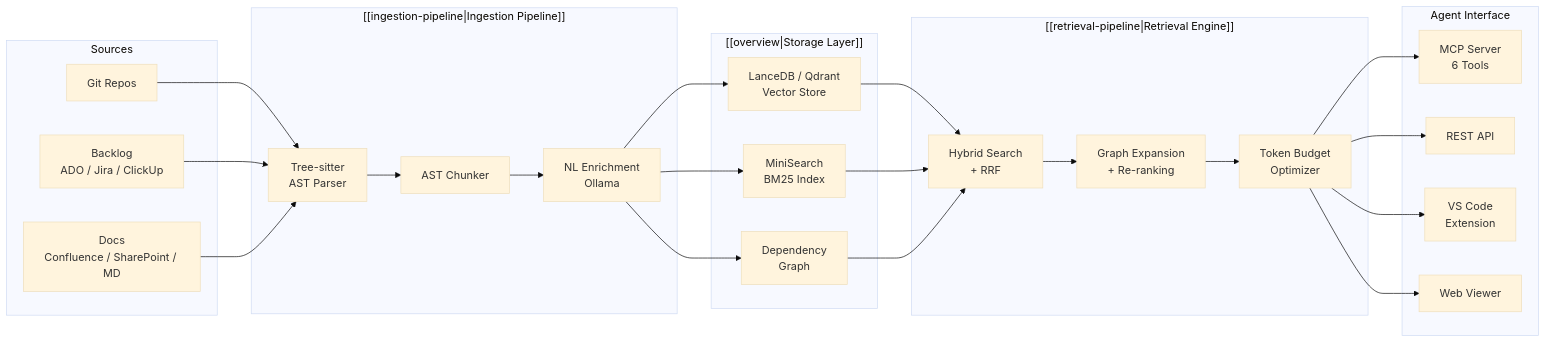
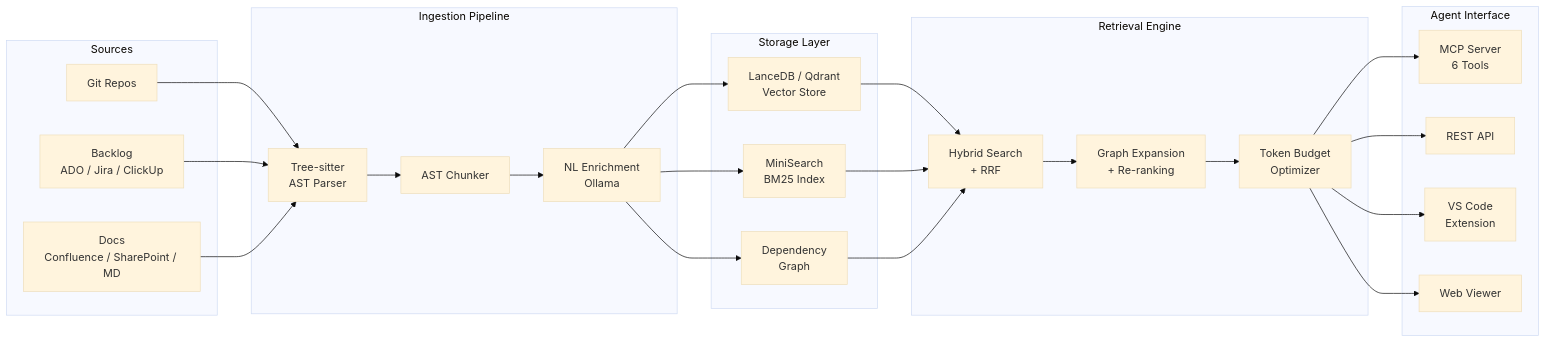
Before and after one commit to maciek-O-digiaidev/CodeRAG: the diagram in docs/index.md, drawn with Mermaid (base theme). The commit also changed other lines of this file and 27 other files, not shown here.

````diff
--- a/docs/index.md
+++ b/docs/index.md
@@ -15,37 +15,37 @@
 ```mermaid
 flowchart LR
     subgraph Sources
         S1[Git Repos]
         S2[Backlog<br/>ADO / Jira / ClickUp]
         S3[Docs<br/>Confluence / SharePoint / MD]
     end
 
-    subgraph Ingestion["[[ingestion-pipeline|Ingestion Pipeline]]"]
+    subgraph Ingestion["Ingestion Pipeline"]
         P[Tree-sitter<br/>AST Parser]
         C[AST Chunker]
         E[NL Enrichment<br/>Ollama]
     end
 
-    subgraph Storage["[[overview|Storage Layer]]"]
+    subgraph Storage["Storage Layer"]
         V[LanceDB / Qdrant<br/>Vector Store]
         B[MiniSearch<br/>BM25 Index]
         G[Dependency<br/>Graph]
     end
 
-    subgraph Retrieval["[[retrieval-pipeline|Retrieval Engine]]"]
+    subgraph Retrieval["Retrieval Engine"]
         H[Hybrid Search<br/>+ RRF]
         X[Graph Expansion<br/>+ Re-ranking]
         T[Token Budget<br/>Optimizer]
     end
 
     subgraph Interface["Agent Interface"]
         M[MCP Server<br/>6 Tools]
         R[REST API]
         VS[VS Code<br/>Extension]
         VW[Web Viewer]
     end
 
     S1 & S2 & S3 --> P --> C --> E --> V & B & G
     V & B & G --> H --> X --> T
     T --> M & R & VS & VW
 ```
````
